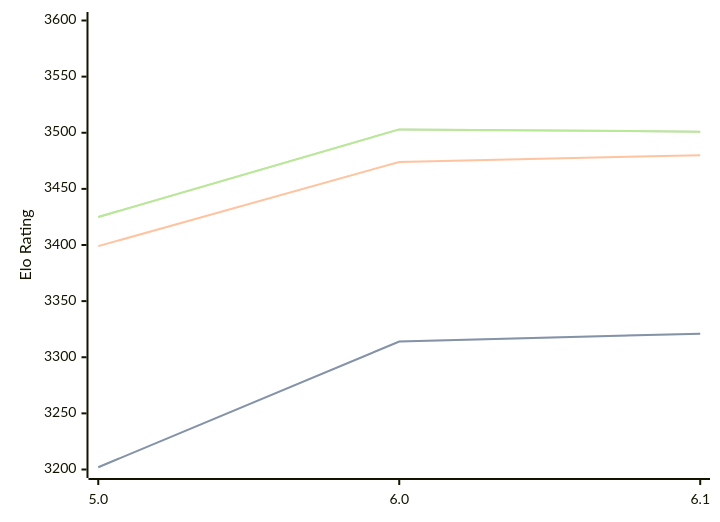
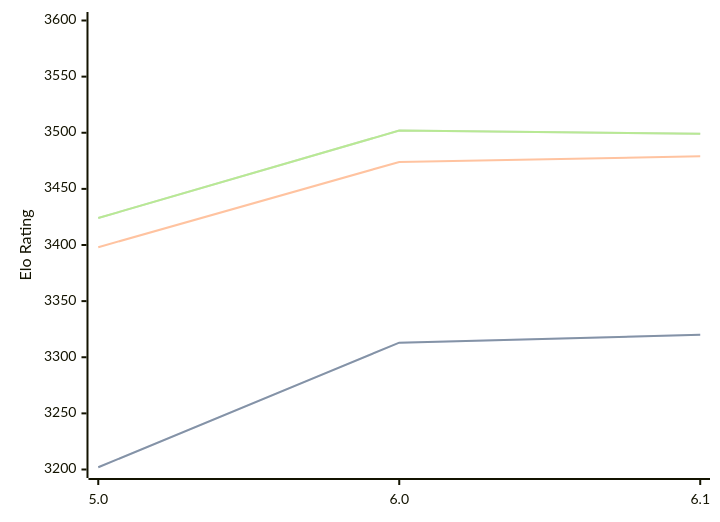
One commit to computer-chess-index/cci changed the first of 3 diagrams in engines/Starzix.md. Above: the diagram before and after it, drawn with Mermaid. The commit also changed other lines of this file, not shown here.

Commit message:
Update CCI Ratings (ELO VLTC) - 2026-07-15

````diff
--- a/engines/Starzix.md
+++ b/engines/Starzix.md
@@ -37,11 +37,11 @@
 ```mermaid
 %%{init: {"theme":"base","themeVariables":{"seriesColors:['#a3a3a3','#222221','#faa371']}}}%%
 xychart-beta
   x-axis ["5.0", "6.0", "6.1"]
   y-axis "Elo Rating" 3200 --> 3600
-  line "STC (8.0+0.08s)" [3202, 3314, 3321]
-  line "STC (8.0+0.08s)" [3202, 3314, 3321]
-  line "LTC (60.0+0.60s)" [3399, 3474, 3480]
-  line "VLTC (2m24s+1.12s)" [3425, 3503, 3501]
-  line "VLTC (2m24s+1.12s)" [3425, 3503, 3501]
+  line "STC (8.0+0.08s)" [3202, 3313, 3320]
+  line "STC (8.0+0.08s)" [3202, 3313, 3320]
+  line "LTC (60.0+0.60s)" [3398, 3474, 3479]
+  line "VLTC (2m24s+1.12s)" [3424, 3502, 3499]
+  line "VLTC (2m24s+1.12s)" [3424, 3502, 3499]
 ```
````
